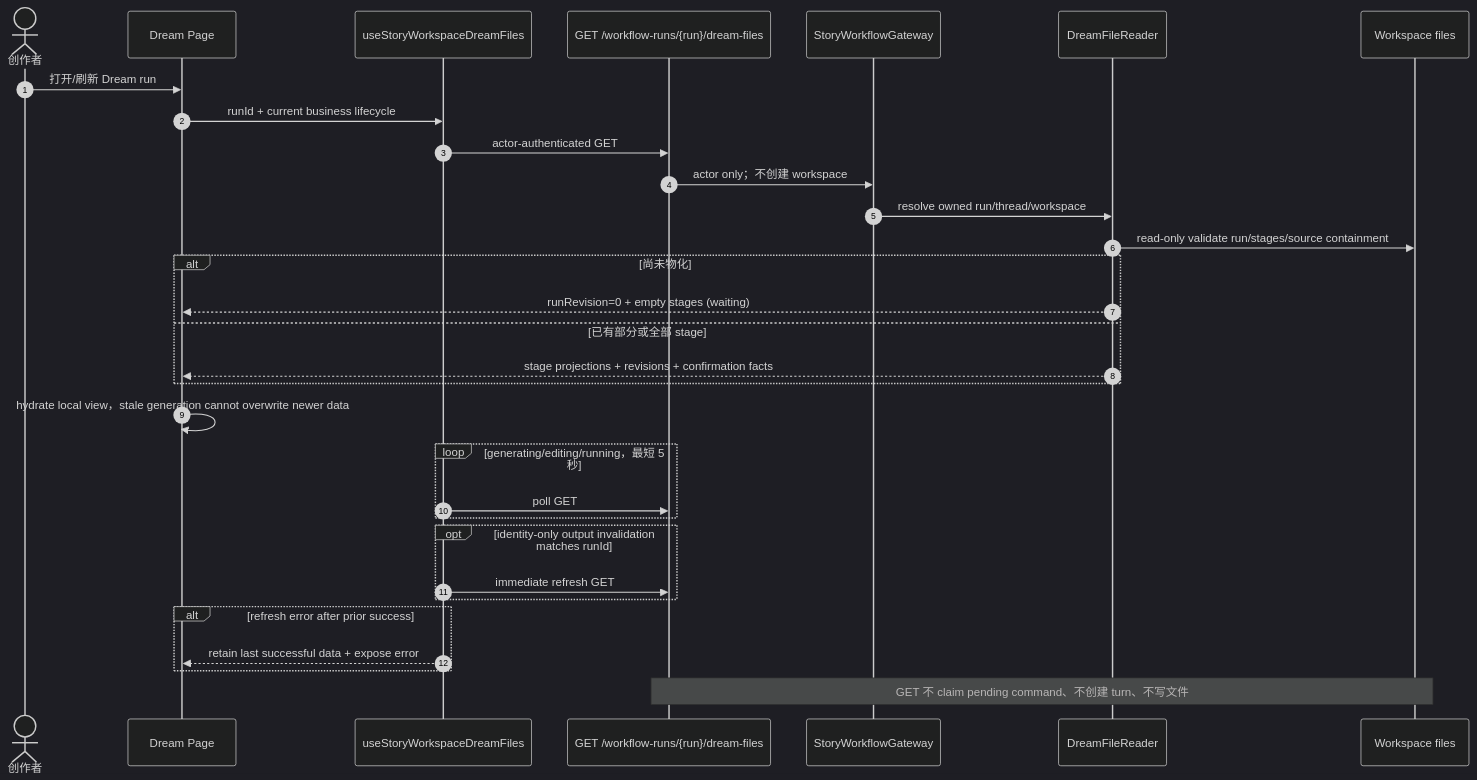
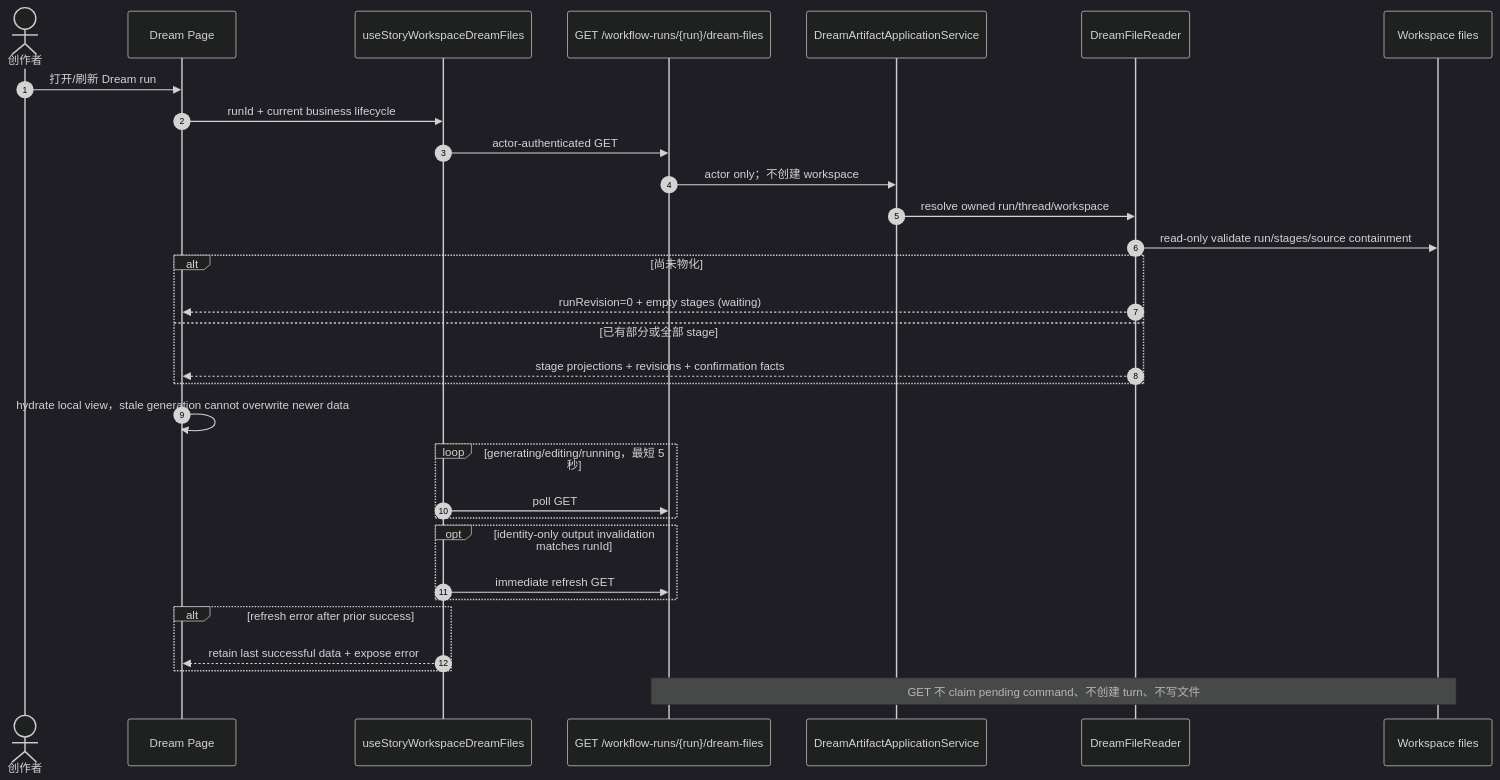
One commit to glide-the/im-dream changed the sixth of 22 diagrams in docs/design/dream-agent/business-interaction-design.md. Above: the diagram before and after it, drawn with Mermaid (dark theme). The commit also changed other lines of this file and 43 other files, not shown here.

Commit message:
refactor(dream-agent): unify turn entry and application services

````diff
--- a/docs/design/dream-agent/business-interaction-design.md
+++ b/docs/design/dream-agent/business-interaction-design.md
@@ -269,34 +272,34 @@
 ```mermaid
 sequenceDiagram
     autonumber
     actor User as 创作者
     participant Page as Dream Page
     participant Hook as useStoryWorkspaceDreamFiles
     participant API as GET /workflow-runs/{run}/dream-files
-    participant Gateway as StoryWorkflowGateway
+    participant Artifact as DreamArtifactApplicationService
     participant Reader as DreamFileReader
     participant Files as Workspace files
 
     User->>Page: 打开/刷新 Dream run
     Page->>Hook: runId + current business lifecycle
     Hook->>API: actor-authenticated GET
-    API->>Gateway: actor only；不创建 workspace
-    Gateway->>Reader: resolve owned run/thread/workspace
+    API->>Artifact: actor only；不创建 workspace
+    Artifact->>Reader: resolve owned run/thread/workspace
     Reader->>Files: read-only validate run/stages/source containment
     alt 尚未物化
         Reader-->>Page: runRevision=0 + empty stages (waiting)
     else 已有部分或全部 stage
         Reader-->>Page: stage projections + revisions + confirmation facts
     end
     Page->>Page: hydrate local view，stale generation cannot overwrite newer data
     loop generating/editing/running，最短 5 秒
         Hook->>API: poll GET
     end
     opt identity-only output invalidation matches runId
         Hook->>API: immediate refresh GET
     end
     alt refresh error after prior success
         Hook-->>Page: retain last successful data + expose error
     end
     Note over API,Files: GET 不 claim pending command、不创建 turn、不写文件
 ```
````
